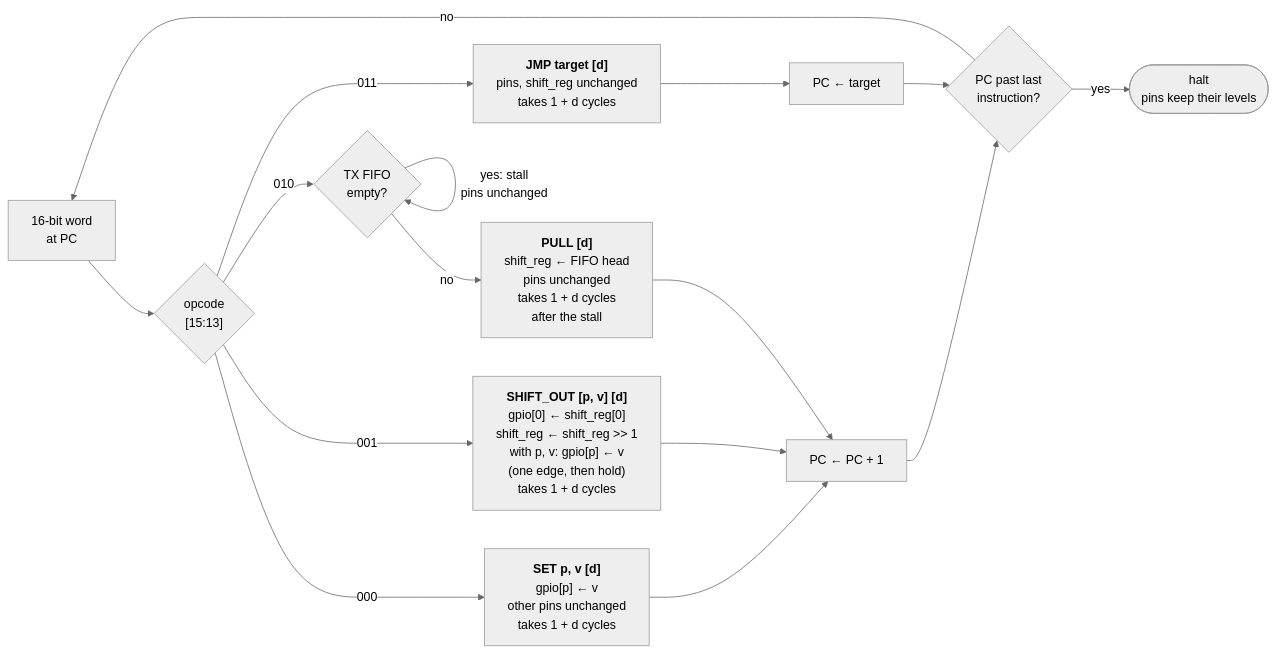
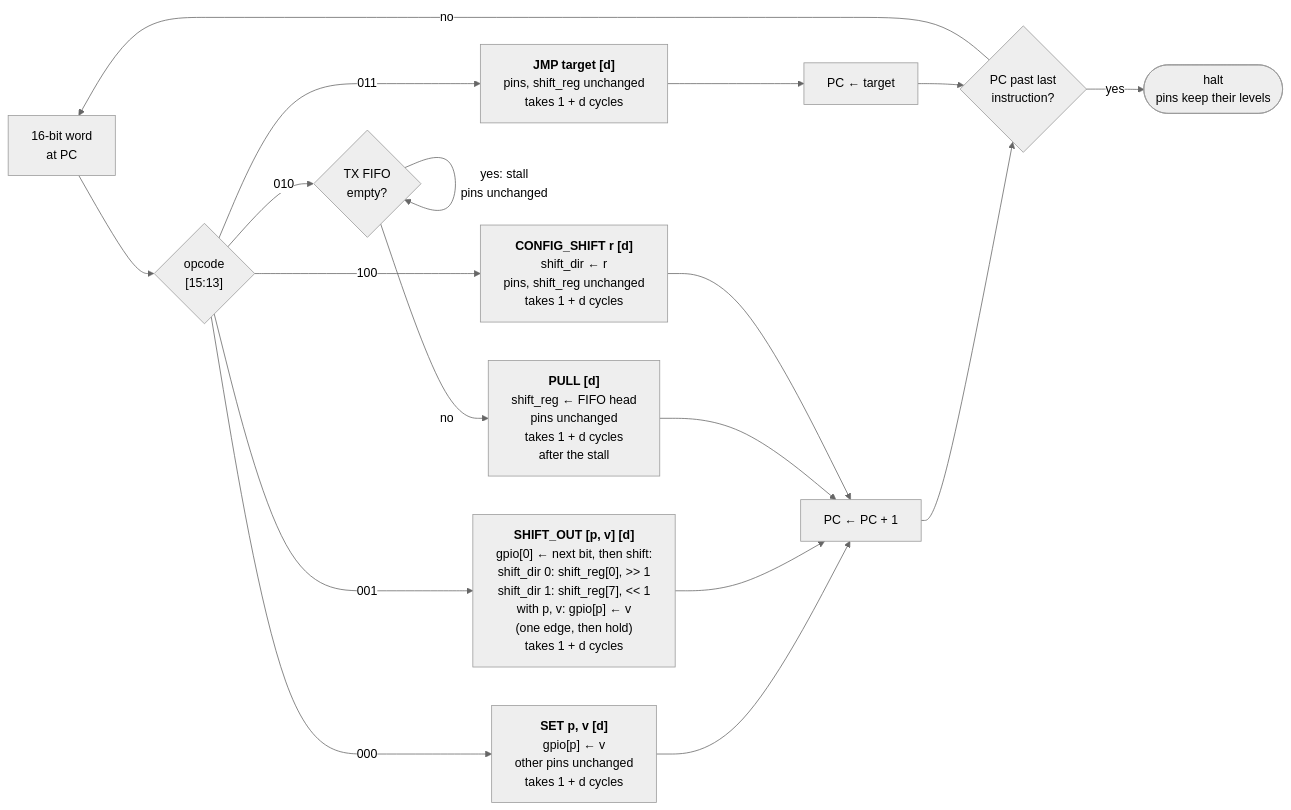
The diagram in docs/isa_execute.mmd (cshieldsce/smallcore), drawn with Mermaid (neutral theme) before and after one commit. The commit also changed 9 other files, not shown here.

Commit message:
update diagrams for shift_dir

```diff
--- a/docs/isa_execute.mmd
+++ b/docs/isa_execute.mmd
@@ -1,16 +1,19 @@
+%%{init: {"flowchart": {"wrappingWidth": 260}}}%%
 flowchart LR
   W["16-bit word<br/>at PC"] --> OP{"opcode<br/>[15:13]"}
   OP -->|000| SET["<b>SET p, v [d]</b><br/>gpio[p] ← v<br/>other pins unchanged<br/>takes 1 + d cycles"]
-  OP -->|001| SHIFT["<b>SHIFT_OUT [p, v] [d]</b><br/>gpio[0] ← shift_reg[0]<br/>shift_reg ← shift_reg >> 1<br/>with p, v: gpio[p] ← v<br/>(one edge, then hold)<br/>takes 1 + d cycles"]
+  OP -->|001| SHIFT["<b>SHIFT_OUT [p, v] [d]</b><br/>gpio[0] ← next bit, then shift:<br/>shift_dir 0: shift_reg[0], >> 1<br/>shift_dir 1: shift_reg[7], << 1<br/>with p, v: gpio[p] ← v<br/>(one edge, then hold)<br/>takes 1 + d cycles"]
   OP -->|010| EMPTY{"TX FIFO<br/>empty?"}
   EMPTY -->|"yes: stall<br/>pins unchanged"| EMPTY
   EMPTY -->|no| PULL["<b>PULL [d]</b><br/>shift_reg ← FIFO head<br/>pins unchanged<br/>takes 1 + d cycles<br/>after the stall"]
   OP -->|011| JMP["<b>JMP target [d]</b><br/>pins, shift_reg unchanged<br/>takes 1 + d cycles"]
+  OP -->|100| CFG["<b>CONFIG_SHIFT r [d]</b><br/>shift_dir ← r<br/>pins, shift_reg unchanged<br/>takes 1 + d cycles"]
   SET --> NEXT["PC ← PC + 1"]
   SHIFT --> NEXT
   PULL --> NEXT
+  CFG --> NEXT
   JMP --> JNEXT["PC ← target"]
   NEXT --> END{"PC past last<br/>instruction?"}
   JNEXT --> END
   END -->|no| W
   END -->|yes| HALT(["halt<br/>pins keep their levels"])
```
